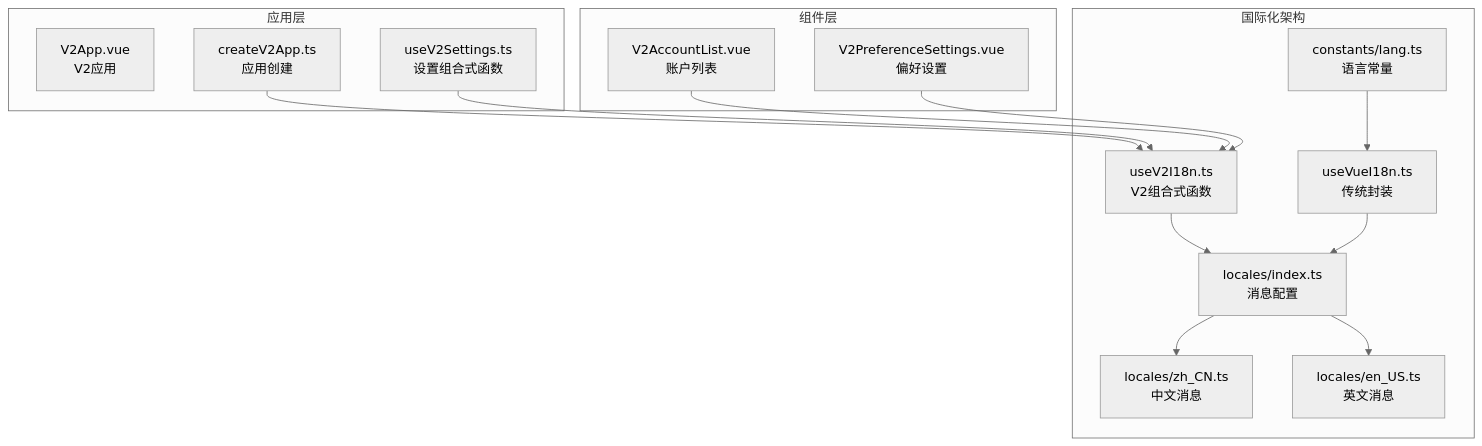
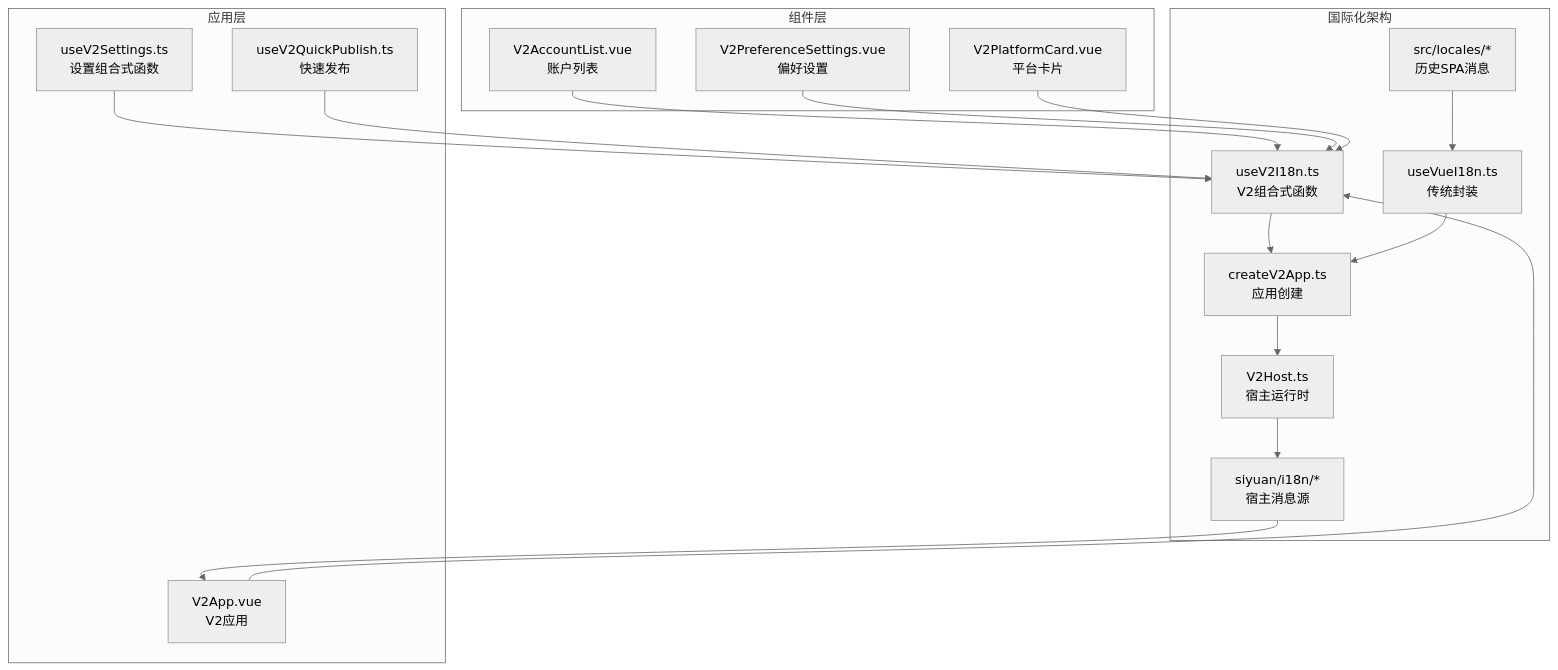
One commit to terwer/siyuan-plugin-publisher changed the first of 9 diagrams in .qoder/repowiki/zh/content/核心架构/组件架构设计/Composition API设计模式/V2 国际化组合式函数.md. Above: the diagram before and after it, drawn with Mermaid (neutral theme). The commit also changed other lines of this file and 6 other files, not shown here.

First line of the commit message:
docs(architecture): clarify and split workspace shell component responsibilities

````diff
--- a/.qoder/repowiki/zh/content/核心架构/组件架构设计/Composition API设计模式/V2 国际化组合式函数.md
+++ b/.qoder/repowiki/zh/content/核心架构/组件架构设计/Composition API设计模式/V2 国际化组合式函数.md
@@ -36,29 +45,33 @@
 ```mermaid
 graph TB
 subgraph "国际化架构"
 A[useV2I18n.ts<br/>V2组合式函数]
 B[useVueI18n.ts<br/>传统封装]
-C[locales/index.ts<br/>消息配置]
-D[locales/zh_CN.ts<br/>中文消息]
-E[locales/en_US.ts<br/>英文消息]
-F[constants/lang.ts<br/>语言常量]
+C[createV2App.ts<br/>应用创建]
+D[V2Host.ts<br/>宿主运行时]
+E[siyuan/i18n/*<br/>宿主消息源]
+F[src/locales/*<br/>历史SPA消息]
 end
 subgraph "应用层"
 G[V2App.vue<br/>V2应用]
-H[createV2App.ts<br/>应用创建]
-I[useV2Settings.ts<br/>设置组合式函数]
+H[useV2Settings.ts<br/>设置组合式函数]
+I[useV2QuickPublish.ts<br/>快速发布]
 end
 subgraph "组件层"
 J[V2AccountList.vue<br/>账户列表]
 K[V2PreferenceSettings.vue<br/>偏好设置]
+L[V2PlatformCard.vue<br/>平台卡片]
 end
 A --> C
 B --> C
 C --> D
-C --> E
+D --> E
+E --> G
 F --> B
+G --> A
 H --> A
 I --> A
 J --> A
 K --> A
+L --> A
 ```
````
